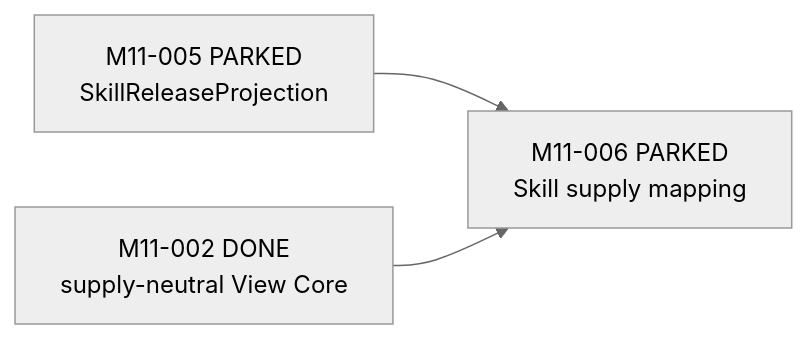
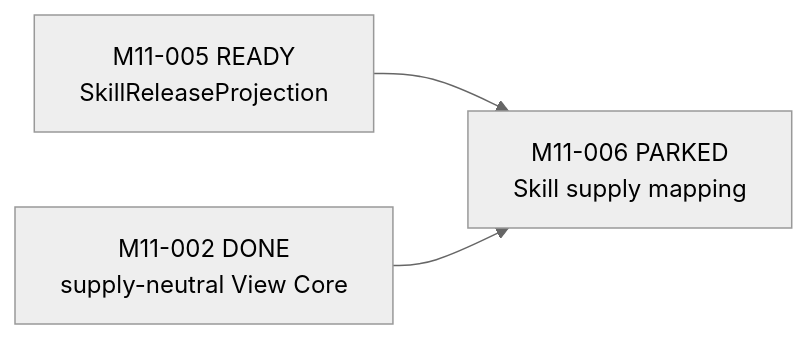
Before and after one commit to Chengyue-Lu/research-agent-workbench: the fourth of 4 diagrams in docs/M_SERIES_IMPLEMENTATION_MAP.md, drawn with Mermaid (neutral theme). The commit also changed other lines of this file and 7 other files, not shown here.

Commit message:
docs(m11): activate skill release projection task

````diff
--- a/docs/M_SERIES_IMPLEMENTATION_MAP.md
+++ b/docs/M_SERIES_IMPLEMENTATION_MAP.md
@@ -119,5 +119,5 @@
 ```mermaid
 flowchart LR
-    M1105["M11-005 PARKED<br/>SkillReleaseProjection"] --> M1106["M11-006 PARKED<br/>Skill supply mapping"]
+    M1105["M11-005 READY<br/>SkillReleaseProjection"] --> M1106["M11-006 PARKED<br/>Skill supply mapping"]
     M1102["M11-002 DONE<br/>supply-neutral View Core"] --> M1106
 ```
````
